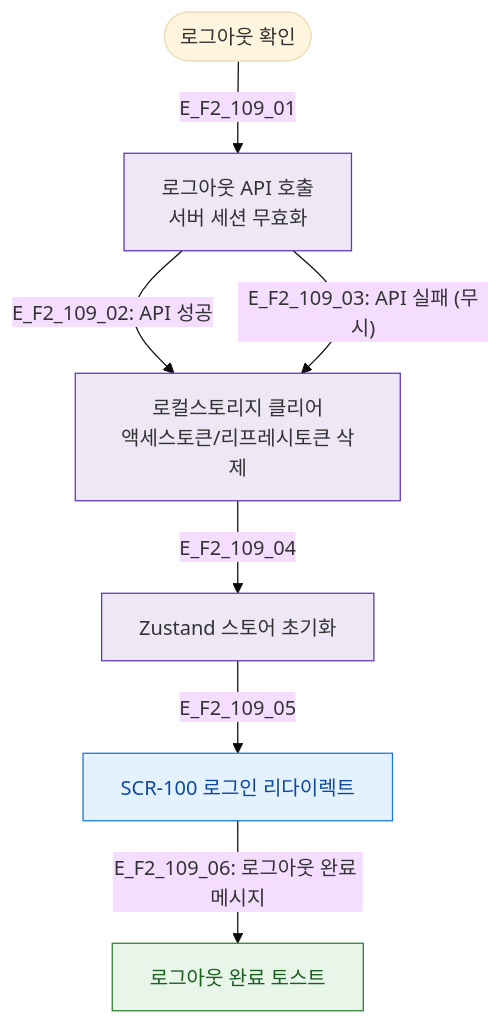
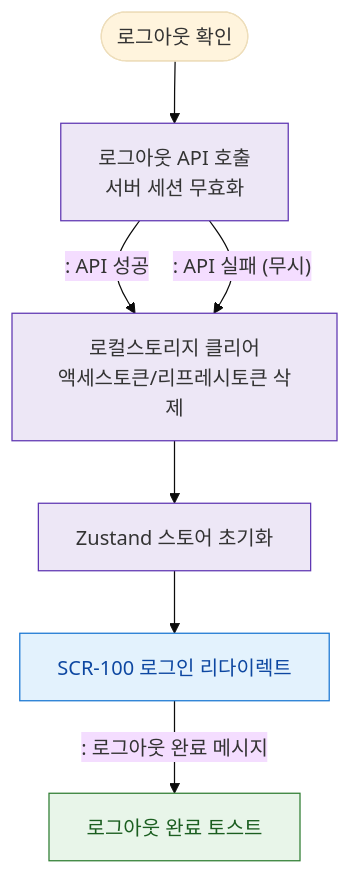
One commit to dev-spogym/admin-pando changed the diagram in docs/다이어그램/D01_공통/SCR-109_로그아웃/F2_메인.md. Above: the diagram before and after it, drawn with Mermaid (base theme). The commit also changed other lines of this file and 1660 other files, not shown here.

First line of the commit message:
다이어그램: 기획자/클라이언트 납품본으로 정리

````diff
--- a/docs/다이어그램/D01_공통/SCR-109_로그아웃/F2_메인.md
+++ b/docs/다이어그램/D01_공통/SCR-109_로그아웃/F2_메인.md
@@ -19,19 +17,19 @@
 ```mermaid
 flowchart TD
-    LOGOUT_CONFIRM([로그아웃 확인]) -->|E_F2_109_01| LOGOUT_API[로그아웃 API 호출\n서버 세션 무효화]
+    LOGOUT_CONFIRM([로그아웃 확인]) --> LOGOUT_API[로그아웃 API 호출\n서버 세션 무효화]
 
-    LOGOUT_API -->|"E_F2_109_02: API 성공"| CLEAR_LOCAL[로컬스토리지 클리어\n액세스토큰/리프레시토큰 삭제]
-    LOGOUT_API -->|"E_F2_109_03: API 실패 (무시)"| CLEAR_LOCAL
+    LOGOUT_API -->|": API 성공"|CLEAR_LOCAL[로컬스토리지 클리어\n액세스토큰/리프레시토큰 삭제]
+    LOGOUT_API -->|": API 실패 (무시)"|CLEAR_LOCAL
 
-    CLEAR_LOCAL -->|E_F2_109_04| CLEAR_STORE[Zustand 스토어 초기화]
-    CLEAR_STORE -->|E_F2_109_05| SCR_100[SCR-100 로그인 리다이렉트]
+    CLEAR_LOCAL --> CLEAR_STORE[Zustand 스토어 초기화]
+    CLEAR_STORE --> SCR_100[SCR-100 로그인 리다이렉트]
 
-    SCR_100 -->|"E_F2_109_06: 로그아웃 완료 메시지"| LOGOUT_TOAST[로그아웃 완료 토스트]
+    SCR_100 -->|": 로그아웃 완료 메시지"|LOGOUT_TOAST[로그아웃 완료 토스트]
 
-    classDef screen  fill:#E3F2FD,stroke:#1976D2,color:#0D47A1
-    classDef system  fill:#EDE7F6,stroke:#5E35B2
+    classDef screen fill:#E3F2FD,stroke:#1976D2,color:#0D47A1
+    classDef system fill:#EDE7F6,stroke:#5E35B2
     classDef success fill:#E8F5E9,stroke:#2E7D32,color:#1B5E20
     class SCR_100 screen
     class LOGOUT_API,CLEAR_LOCAL,CLEAR_STORE system
     class LOGOUT_TOAST success
 ```
````
